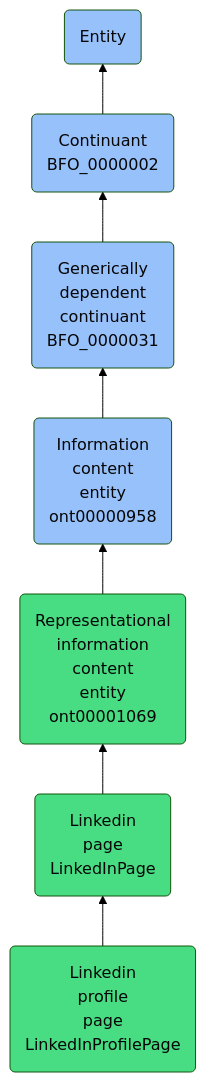
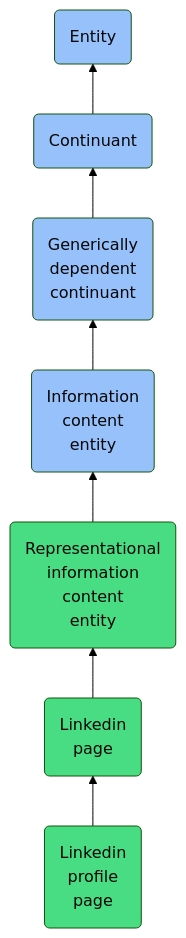
The diagram in docs/ontology/reference/model/Entity/Continuant/Generically dependent continuant/Information content entity/Representational information content entity/Linkedin page/Linkedin profile page/Linkedin profile page.md (jupyter-naas/abi), drawn with Mermaid (forest theme) before and after one commit. The commit also changed other lines of this file and 1430 other files, not shown here.

````diff
--- a/docs/ontology/reference/model/Entity/Continuant/Generically dependent continuant/Information content entity/Representational information content entity/Linkedin page/Linkedin profile page/Linkedin profile page.md
+++ b/docs/ontology/reference/model/Entity/Continuant/Generically dependent continuant/Information content entity/Representational information content entity/Linkedin page/Linkedin profile page/Linkedin profile page.md
@@ -24,14 +24,14 @@
 ```mermaid
 graph BT
-    LinkedInProfilePage(Linkedin<br>profile<br>page<br>LinkedInProfilePage):::ABI-->LinkedInPage
-    LinkedInPage(Linkedin<br>page<br>LinkedInPage):::ABI-->ont00001069
-    ont00001069(Representational<br>information<br>content<br>entity<br>ont00001069):::ABI-->ont00000958
-    ont00000958(Information<br>content<br>entity<br>ont00000958):::BFO-->BFO_0000031
-    BFO_0000031(Generically<br>dependent<br>continuant<br>BFO_0000031):::BFO-->BFO_0000002
-    BFO_0000002(Continuant<br>BFO_0000002):::BFO-->BFO_0000001
+    LinkedInProfilePage(Linkedin<br>profile<br>page):::ABI-->LinkedInPage
+    LinkedInPage(Linkedin<br>page):::ABI-->ont00001069
+    ont00001069(Representational<br>information<br>content<br>entity):::ABI-->ont00000958
+    ont00000958(Information<br>content<br>entity):::BFO-->BFO_0000031
+    BFO_0000031(Generically<br>dependent<br>continuant):::BFO-->BFO_0000002
+    BFO_0000002(Continuant):::BFO-->BFO_0000001
     BFO_0000001(Entity):::BFO
     
     classDef BFO fill:#97c1fb,color:#060606
     classDef CCO fill:#e4c51e,color:#060606
     classDef ABI fill:#48DD82,color:#060606
 ```
````
